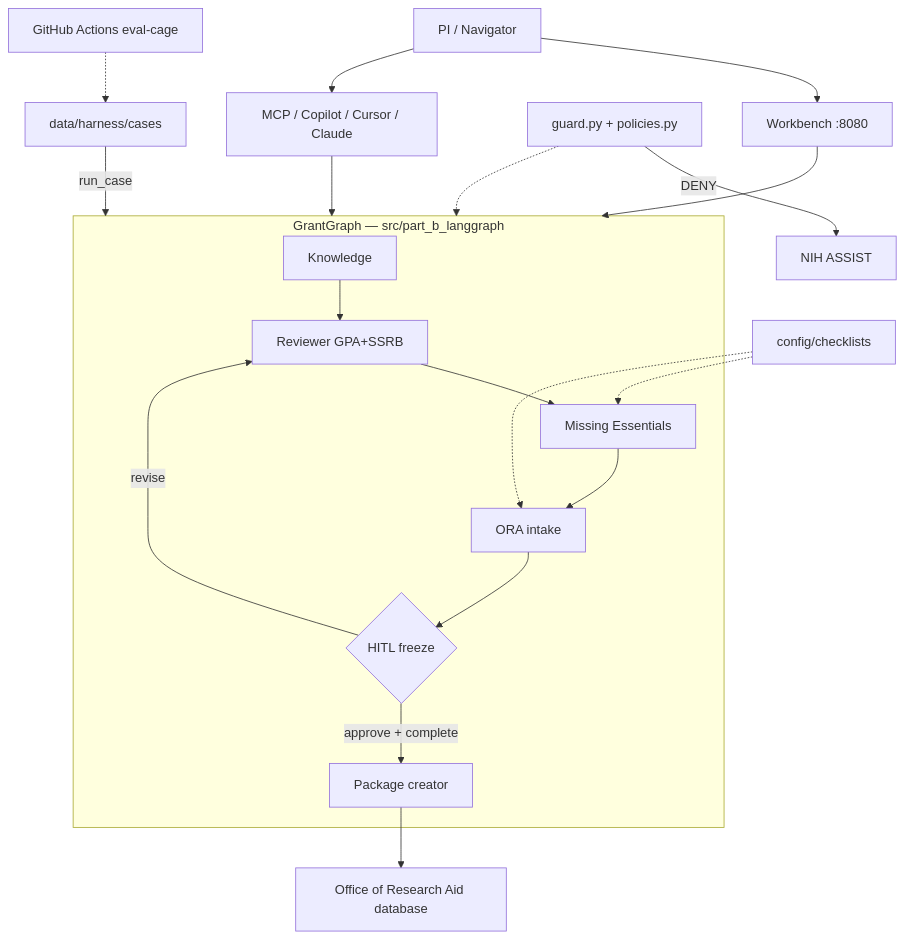
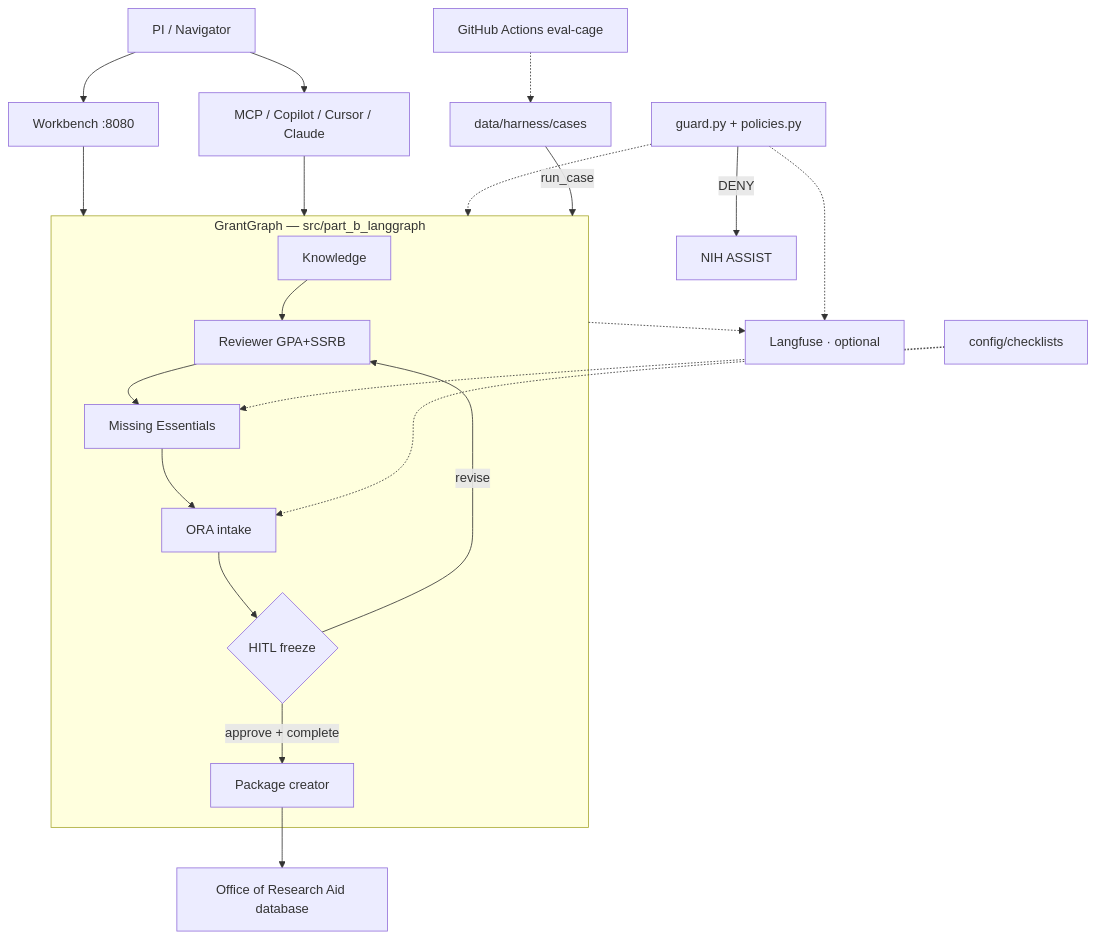
Before and after one commit to YPCC/grant-agent-lab: the second of 6 diagrams in docs/architecture.md, drawn with Mermaid. The commit also changed other lines of this file and 9 other files, not shown here.

````diff
--- a/docs/architecture.md
+++ b/docs/architecture.md
@@ -80,27 +83,29 @@
 ```mermaid
 flowchart TB
   PI[PI / Navigator] --> WB[Workbench :8080]
   PI --> MCP[MCP / Copilot / Cursor / Claude]
   WB --> G
   MCP --> G
 
   subgraph G["GrantGraph — src/part_b_langgraph"]
     KU[Knowledge]
     RV[Reviewer GPA+SSRB]
     ME[Missing Essentials]
     IN[ORA intake]
     HITL{HITL freeze}
     PK[Package creator]
     KU --> RV --> ME --> IN --> HITL
     HITL -->|revise| RV
     HITL -->|approve + complete| PK
   end
 
   CP[guard.py + policies.py] -.-> G
+  G -.-> LF[Langfuse · optional]
+  CP -.-> LF
   CAT[config/checklists] -.-> ME
   CAT -.-> IN
   HARNESS[data/harness/cases] -->|run_case| G
   CI[GitHub Actions eval-cage] -.-> HARNESS
   PK --> ODB[Office of Research Aid database]
   CP -->|DENY| ASSIST[NIH ASSIST]
 ```
````
